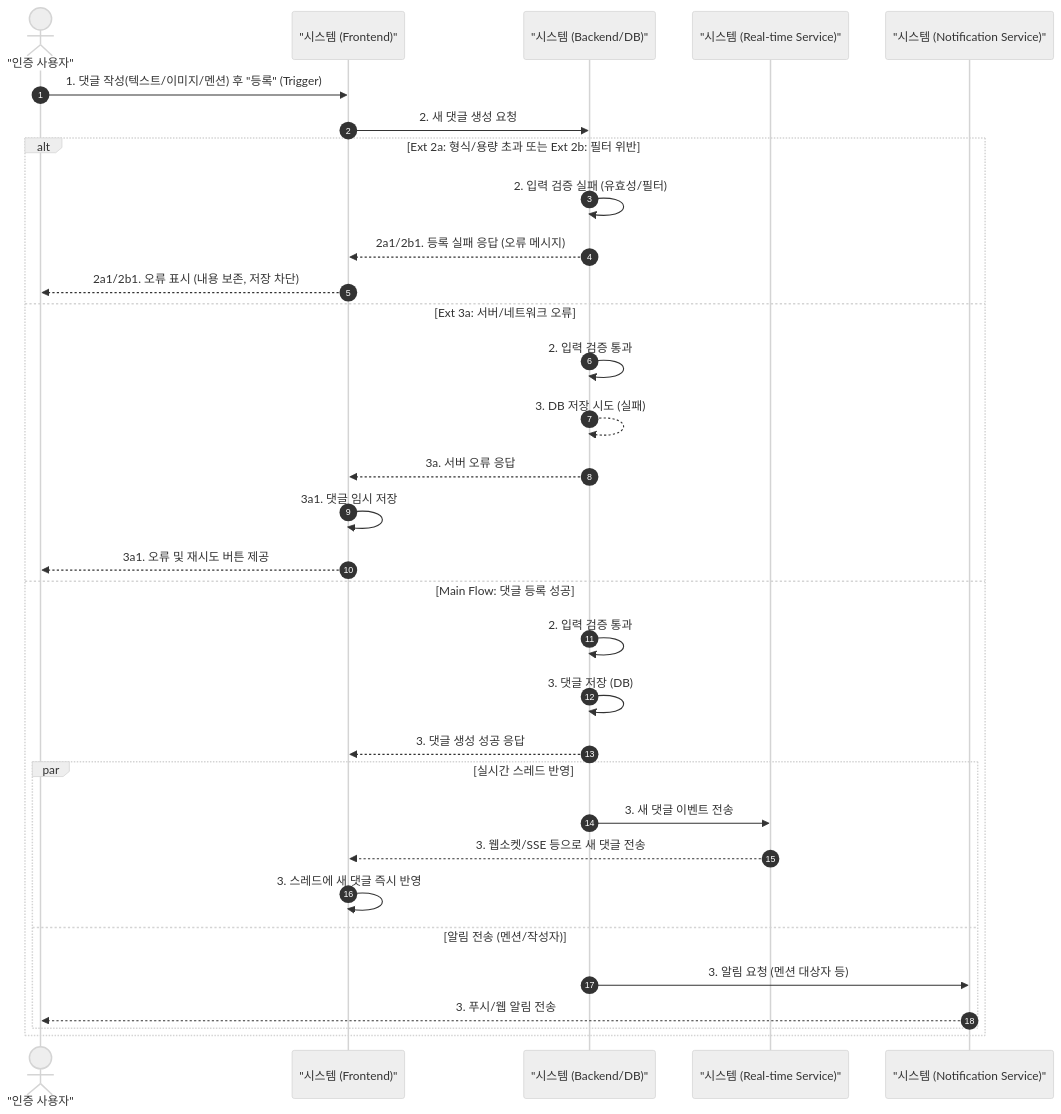
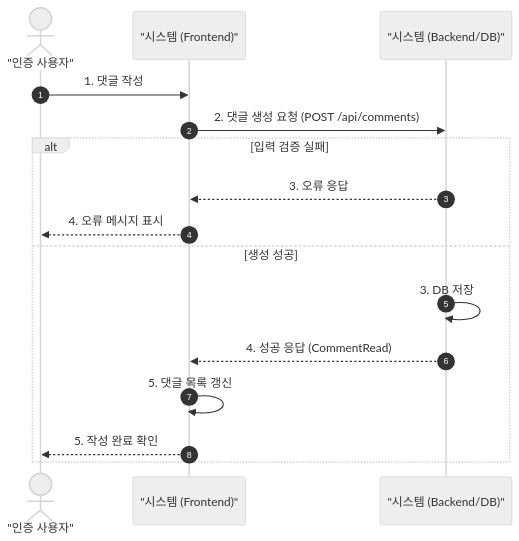
Diagram 17 of 18 in 문서/SDS/SDS_[Alphabot]_4_SequenceDiagram.md (YU-SoftwareEng/AlphaBot), drawn with Mermaid (neutral theme) before and after one commit. The commit also changed other lines of this file and 2 other files, not shown here.

````diff
--- a/문서/SDS/SDS_[Alphabot]_4_SequenceDiagram.md
+++ b/문서/SDS/SDS_[Alphabot]_4_SequenceDiagram.md
@@ -576,37 +542,20 @@
 ```mermaid
 sequenceDiagram
     autonumber
     actor User as "인증 사용자"
     participant FE as "시스템 (Frontend)"
     participant BE as "시스템 (Backend/DB)"
-    participant Realtime as "시스템 (Real-time Service)"
-    participant Notif as "시스템 (Notification Service)"
 
-    User->>FE: 1. 댓글 작성(텍스트/이미지/멘션) 후 "등록" (Trigger)
-    FE->>BE: 2. 새 댓글 생성 요청
+    User->>FE: 1. 댓글 작성
+    FE->>BE: 2. 댓글 생성 요청 (POST /api/comments)
 
-    alt Ext 2a: 형식/용량 초과 또는 Ext 2b: 필터 위반
-        BE->>BE: 2. 입력 검증 실패 (유효성/필터)
-        BE-->>FE: 2a1/2b1. 등록 실패 응답 (오류 메시지)
-        FE-->>User: 2a1/2b1. 오류 표시 (내용 보존, 저장 차단)
-    else Ext 3a: 서버/네트워크 오류
-        BE->>BE: 2. 입력 검증 통과
-        BE-->>BE: 3. DB 저장 시도 (실패)
-        BE-->>FE: 3a. 서버 오류 응답
-        FE->>FE: 3a1. 댓글 임시 저장
-        FE-->>User: 3a1. 오류 및 재시도 버튼 제공
-    else Main Flow: 댓글 등록 성공
-        BE->>BE: 2. 입력 검증 통과
-        BE->>BE: 3. 댓글 저장 (DB)
-        BE-->>FE: 3. 댓글 생성 성공 응답
-
-        par 실시간 스레드 반영
-            BE->>Realtime: 3. 새 댓글 이벤트 전송
-            Realtime-->>FE: 3. 웹소켓/SSE 등으로 새 댓글 전송
-            FE->>FE: 3. 스레드에 새 댓글 즉시 반영
-        and 알림 전송 (멘션/작성자)
-            BE->>Notif: 3. 알림 요청 (멘션 대상자 등)
-            Notif-->>User: 3. 푸시/웹 알림 전송
-        end
+    alt 입력 검증 실패
+        BE-->>FE: 3. 오류 응답
+        FE-->>User: 4. 오류 메시지 표시
+    else 생성 성공
+        BE->>BE: 3. DB 저장
+        BE-->>FE: 4. 성공 응답 (CommentRead)
+        FE->>FE: 5. 댓글 목록 갱신
+        FE-->>User: 5. 작성 완료 확인
     end
 ```
````
